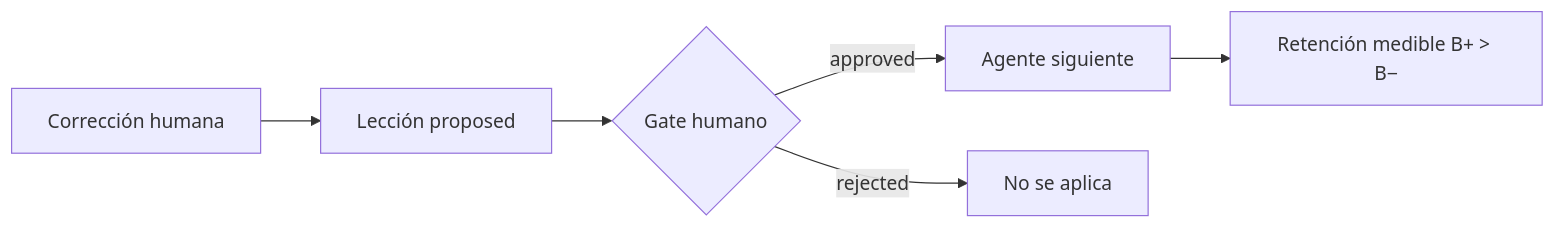
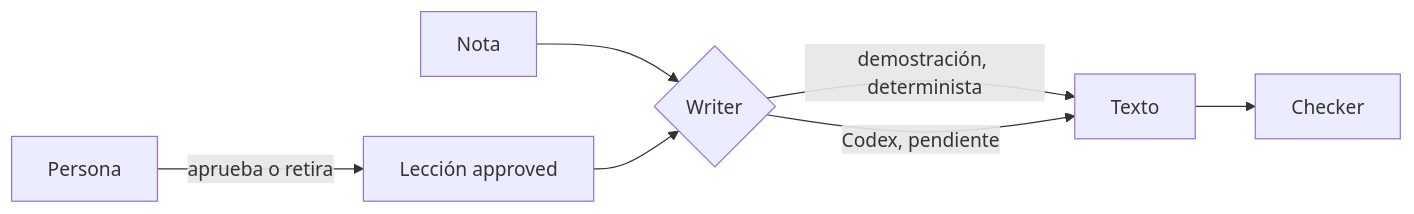
One commit to CarlosSoto92/scribe-recovery-openai changed the diagram in README.md. Above: the diagram before and after it, drawn with Mermaid. The commit also changed other lines of this file and 6 other files, not shown here.

````diff
--- a/README.md
+++ b/README.md
@@ -20,8 +43,9 @@
 ```mermaid
 flowchart LR
-  A[Corrección humana] --> B[Lección proposed]
-  B --> C{Gate humano}
-  C -->|approved| D[Agente siguiente]
-  C -->|rejected| E[No se aplica]
-  D --> F[Retención medible B+ > B−]
+  N[Nota] --> W{Writer}
+  L[Lección approved] --> W
+  W -->|demostración, determinista| T[Texto]
+  W -->|Codex, pendiente| T
+  T --> C[Checker]
+  H[Persona] -->|aprueba o retira| L
 ```
````
